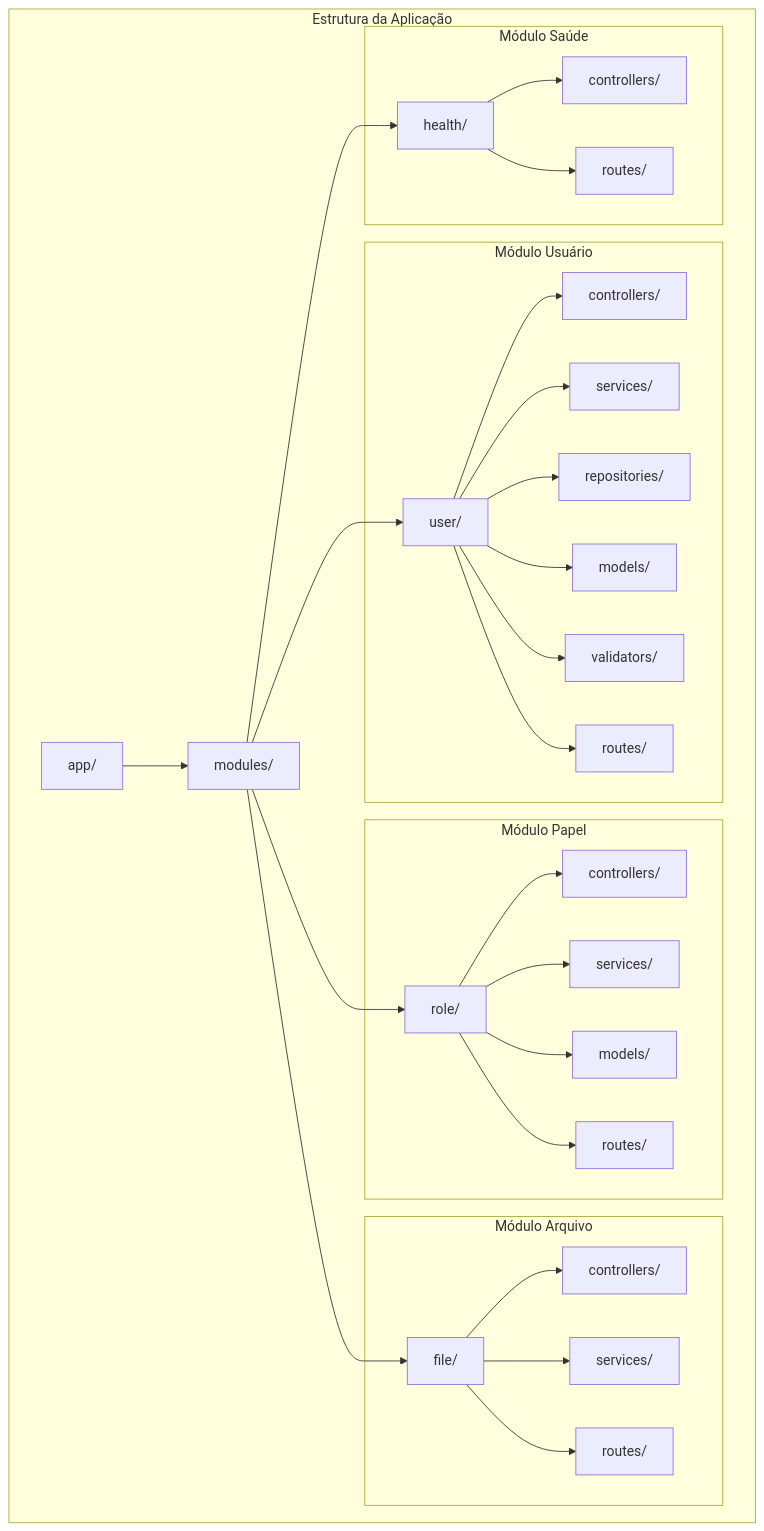
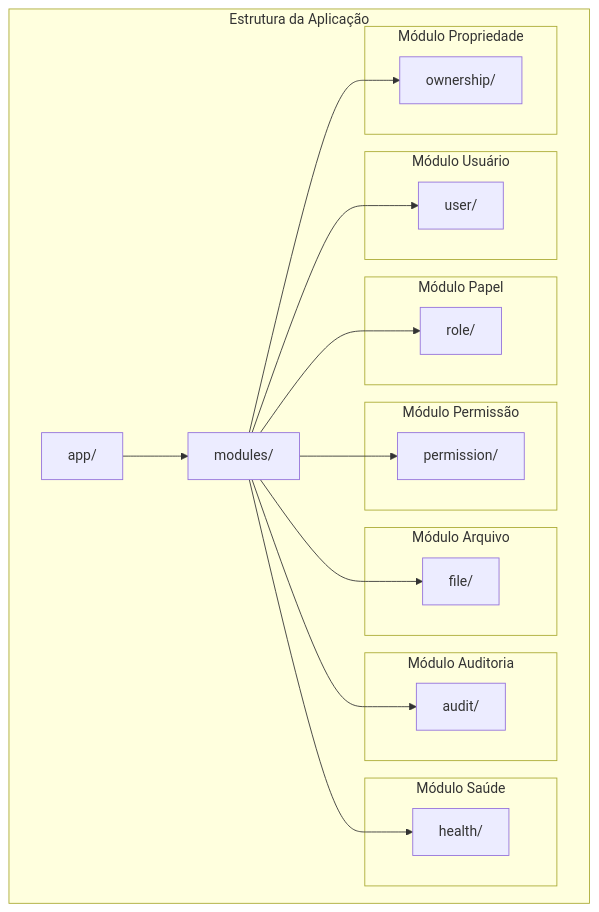
One commit to gabrielmaialva33/base-acl-api changed the third of 7 diagrams in README-pt.md. Above: the diagram before and after it, drawn with Mermaid. The commit also changed other lines of this file and 1 other file, not shown here.

````diff
--- a/README-pt.md
+++ b/README-pt.md
@@ -147,63 +147,38 @@
 ```mermaid
 graph TD
     subgraph "Estrutura da Aplicação"
         APP[app/]
         MODULES[modules/]
 
         subgraph "Módulo Usuário"
             USER_M[user/]
-            USER_CTRL[controllers/]
-            USER_SVC[services/]
-            USER_REPO[repositories/]
-            USER_MODEL[models/]
-            USER_VAL[validators/]
-            USER_ROUTES[routes/]
         end
-
         subgraph "Módulo Papel"
             ROLE_M[role/]
-            ROLE_CTRL[controllers/]
-            ROLE_SVC[services/]
-            ROLE_MODEL[models/]
-            ROLE_ROUTES[routes/]
         end
-
+        subgraph "Módulo Permissão"
+            PERM_M[permission/]
+        end
         subgraph "Módulo Arquivo"
             FILE_M[file/]
-            FILE_CTRL[controllers/]
-            FILE_SVC[services/]
-            FILE_ROUTES[routes/]
         end
-
+        subgraph "Módulo Auditoria"
+            AUDIT_M[audit/]
+        end
         subgraph "Módulo Saúde"
             HEALTH_M[health/]
-            HEALTH_CTRL[controllers/]
-            HEALTH_ROUTES[routes/]
+        end
+        subgraph "Módulo Propriedade"
+            OWNER_M[ownership/]
         end
     end
 
     APP --> MODULES
     MODULES --> USER_M
     MODULES --> ROLE_M
+    MODULES --> PERM_M
     MODULES --> FILE_M
+    MODULES --> AUDIT_M
     MODULES --> HEALTH_M
-
-    USER_M --> USER_CTRL
-    USER_M --> USER_SVC
-    USER_M --> USER_REPO
-    USER_M --> USER_MODEL
-    USER_M --> USER_VAL
-    USER_M --> USER_ROUTES
-
-    ROLE_M --> ROLE_CTRL
-    ROLE_M --> ROLE_SVC
-    ROLE_M --> ROLE_MODEL
-    ROLE_M --> ROLE_ROUTES
-
-    FILE_M --> FILE_CTRL
-    FILE_M --> FILE_SVC
-    FILE_M --> FILE_ROUTES
-
-    HEALTH_M --> HEALTH_CTRL
-    HEALTH_M --> HEALTH_ROUTES
+    MODULES --> OWNER_M
 ```
````
